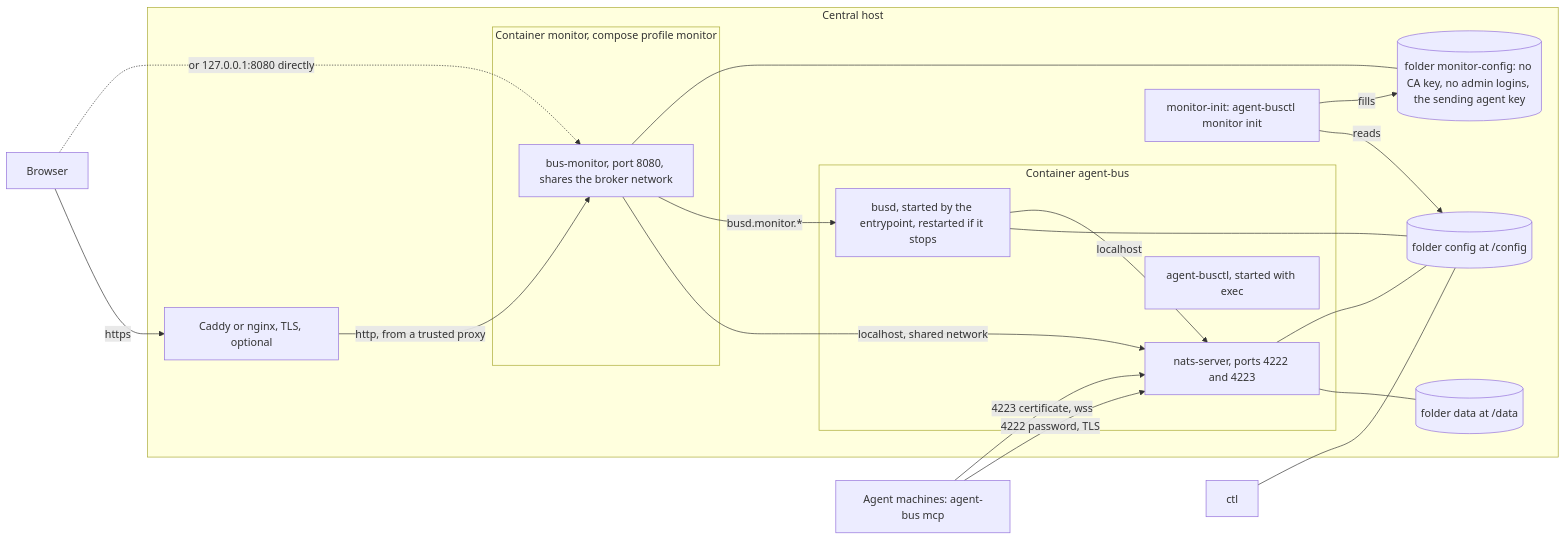
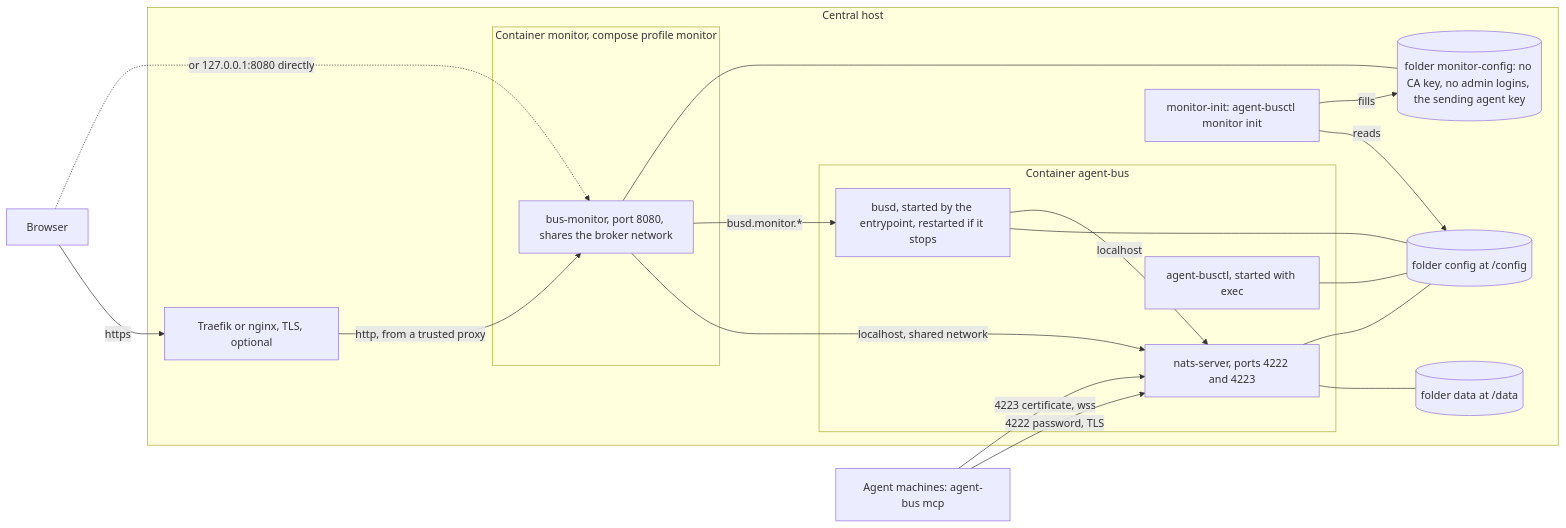
Before and after one commit to gentoomaniac/agent-bus: the first of 2 diagrams in docs/design/operations.md, drawn with Mermaid. The commit also changed other lines of this file, not shown here.

````diff
--- a/docs/design/operations.md
+++ b/docs/design/operations.md
@@ -23,35 +23,35 @@
 ```mermaid
 flowchart LR
   subgraph host["Central host"]
     subgraph broker["Container agent-bus"]
       nats["nats-server, ports 4222 and 4223"]
       busd["busd, started by the entrypoint, restarted if it stops"]
-      busctl["agent-busctl, started with exec"]
+      ctl["agent-busctl, started with exec"]
     end
     subgraph monitorc["Container monitor, compose profile monitor"]
       monitor["bus-monitor, port 8080, shares the broker network"]
     end
     initc["monitor-init: agent-busctl monitor init"]
-    proxy["Caddy or nginx, TLS, optional"]
+    proxy["Traefik or nginx, TLS, optional"]
     config[("folder config at /config")]
     monitorconfig[("folder monitor-config: no CA key, no admin logins, the sending agent key")]
     data[("folder data at /data")]
   end
   agents["Agent machines: agent-bus mcp"]
   browser["Browser"]
   agents -->|"4222 password, TLS"| nats
   agents -->|"4223 certificate, wss"| nats
   browser -->|"https"| proxy
   proxy -->|"http, from a trusted proxy"| monitor
   browser -.->|"or 127.0.0.1:8080 directly"| monitor
   monitor -->|"localhost, shared network"| nats
   nats --- data
   nats --- config
   busd --- config
   busd -->|"localhost"| nats
   monitor -->|"busd.monitor.*"| busd
   initc -->|"reads"| config
   initc -->|"fills"| monitorconfig
   monitor --- monitorconfig
   ctl --- config
 ```
````
